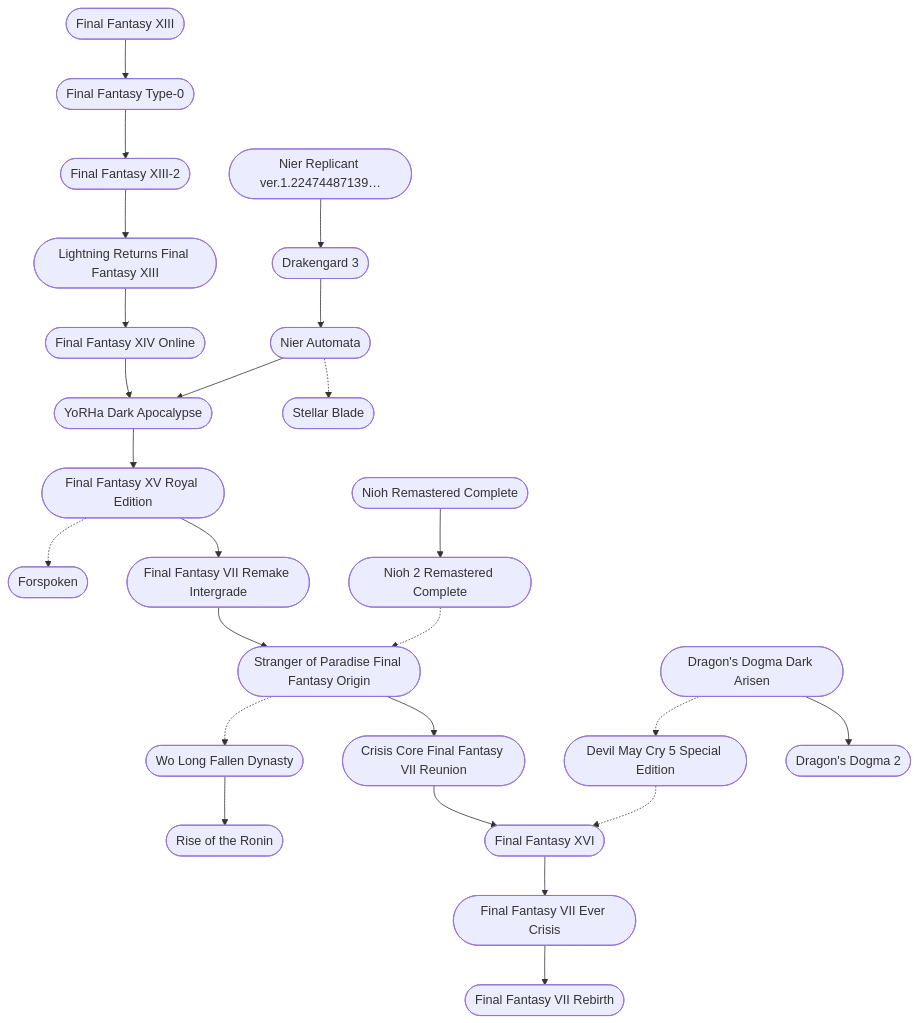
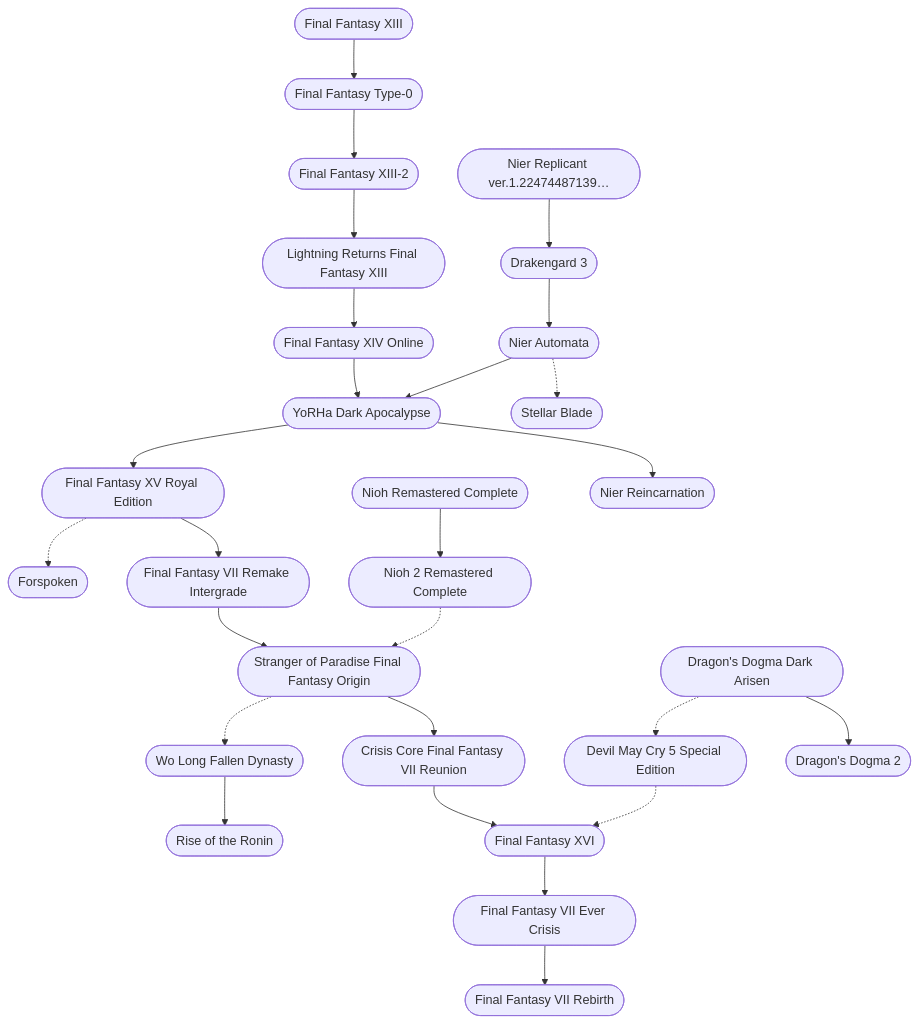
The diagram in collections/playlists/Fantasy Action.md (steinea/obsidian-vault), drawn with Mermaid before and after one commit. The commit also changed other lines of this file and 1 other file, not shown here.

````diff
--- a/collections/playlists/Fantasy Action.md
+++ b/collections/playlists/Fantasy Action.md
@@ -44,52 +45,53 @@
 ```mermaid
 flowchart TD;
 
 FFXIII(["Final Fantasy XIII"])
 FFT0(["Final Fantasy Type-0"])
 FFXIII2(["Final Fantasy XIII-2"])
 LRFFXIII(["Lightning Returns Final Fantasy XIII"])
 
 FFXIVO(["Final Fantasy XIV Online"])
 FFXVRE(["Final Fantasy XV Royal Edition"]) 
 FRSPKN(["Forspoken"])
 
 FFVIIRI(["Final Fantasy VII Remake Intergrade"])
 CCFFVIIR(["Crisis Core Final Fantasy VII Reunion"])
 FFVIIEC(["Final Fantasy VII Ever Crisis"])
 FFVIIR(["Final Fantasy VII Rebirth"])
 
 NIOH(["Nioh Remastered Complete"])
 NIOH2(["Nioh 2 Remastered Complete"])
 SOPFFO(["Stranger of Paradise Final Fantasy Origin"])
 WLFD(["Wo Long Fallen Dynasty"])
 ROTR(["Rise of the Ronin"])
 
 DDDA(["Dragon's Dogma Dark Arisen"])
 DMC5SE(["Devil May Cry 5 Special Edition"])
 FFXVI(["Final Fantasy XVI"])
 DD2(["Dragon's Dogma 2"])
 
 NIERRV(["Nier Replicant ver.1.22474487139…"])
 DG3(["Drakengard 3"])
 NIERA(["Nier Automata"])
 YORHADA(["YoRHa Dark Apocalypse"])
+NIERRE(["Nier Reincarnation"])
 
 STELLAR(["Stellar Blade"])
 
 FFXIII --> FFT0 --> FFXIII2 --> LRFFXIII --> FFXIVO --> YORHADA --> FFXVRE --> FFVIIRI --> SOPFFO --> CCFFVIIR --> FFXVI --> FFVIIEC --> FFVIIR
 
 NIOH --> NIOH2 -.-> SOPFFO -.-> WLFD --> ROTR
 
 DDDA -.-> DMC5SE -.-> FFXVI
 
 DDDA --> DD2
 
-NIERRV --> DG3 --> NIERA --> YORHADA
+NIERRV --> DG3 --> NIERA --> YORHADA --> NIERRE 
 
 FFXVRE -.-> FRSPKN
 
 NIERA -.-> STELLAR
 
-class FFXIII,FFXIII2,LRFFXIII,FFXVRE,FFVIIRI,CCFFVIIR,NIOH,NIOH2,SOPFFO,WLFD,DDDA,DMC5SE,FFXVI,FFVIIR,ROTR,FFXIVO,DG3,NIERRV,NIERA,YORHADA,DD2,FRSPKN,STELLAR,FFVIIEC,FFT0 internal-link;
+class FFXIII,FFXIII2,LRFFXIII,FFXVRE,FFVIIRI,CCFFVIIR,NIOH,NIOH2,SOPFFO,WLFD,DDDA,DMC5SE,FFXVI,FFVIIR,ROTR,FFXIVO,DG3,NIERRV,NIERA,YORHADA,DD2,FRSPKN,STELLAR,FFVIIEC,FFT0,NIERRE internal-link;
 
 ```
````
